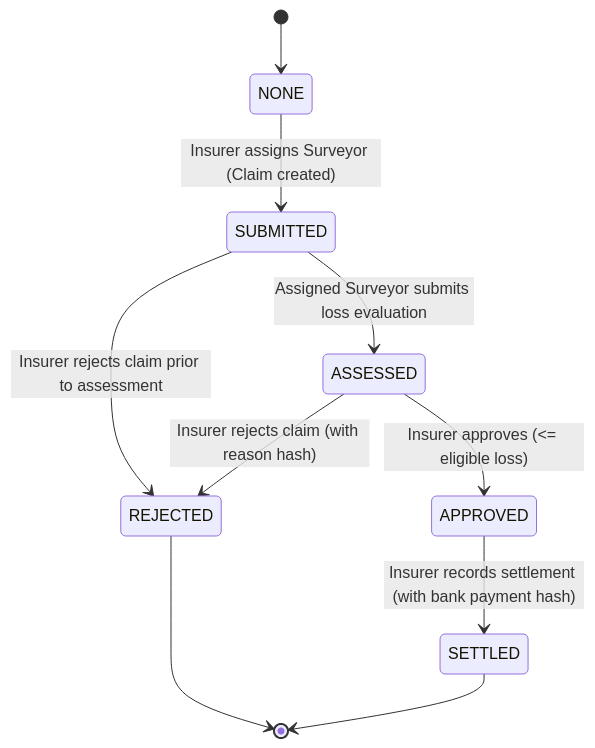
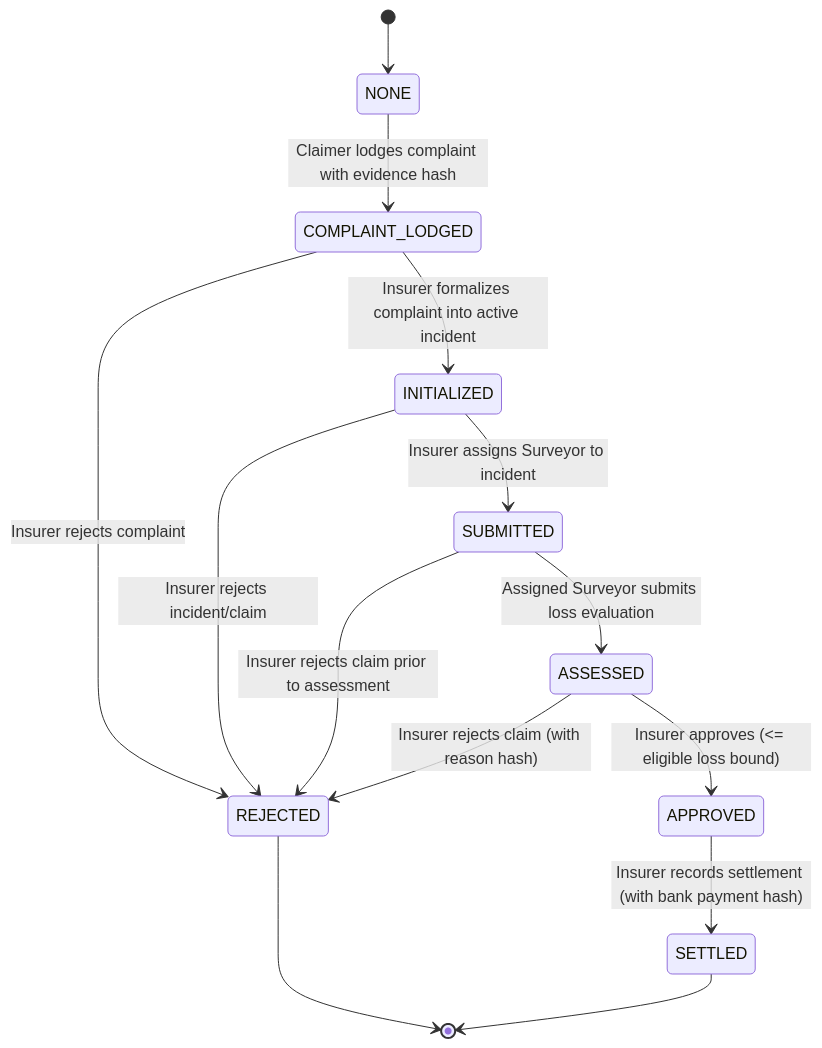
One commit to Priyankush123/Blockchain-Based-Automated-Fire-Insurance-Claim-System changed the second of 2 diagrams in README.md. Above: the diagram before and after it, drawn with Mermaid. The commit also changed other lines of this file and 21 other files, not shown here.

````diff
--- a/README.md
+++ b/README.md
@@ -124,12 +133,16 @@
 ```mermaid
 stateDiagram-v2
     [*] --> NONE
-    NONE --> SUBMITTED : Insurer assigns Surveyor (Claim created)
+    NONE --> COMPLAINT_LODGED : Claimer lodges complaint with evidence hash
+    COMPLAINT_LODGED --> INITIALIZED : Insurer formalizes complaint into active incident
+    INITIALIZED --> SUBMITTED : Insurer assigns Surveyor to incident
     SUBMITTED --> ASSESSED : Assigned Surveyor submits loss evaluation
+    COMPLAINT_LODGED --> REJECTED : Insurer rejects complaint
+    INITIALIZED --> REJECTED : Insurer rejects incident/claim
     SUBMITTED --> REJECTED : Insurer rejects claim prior to assessment
-    ASSESSED --> APPROVED : Insurer approves (<= eligible loss)
+    ASSESSED --> APPROVED : Insurer approves (<= eligible loss bound)
     ASSESSED --> REJECTED : Insurer rejects claim (with reason hash)
     APPROVED --> SETTLED : Insurer records settlement (with bank payment hash)
     REJECTED --> [*]
     SETTLED --> [*]
 ```
````
